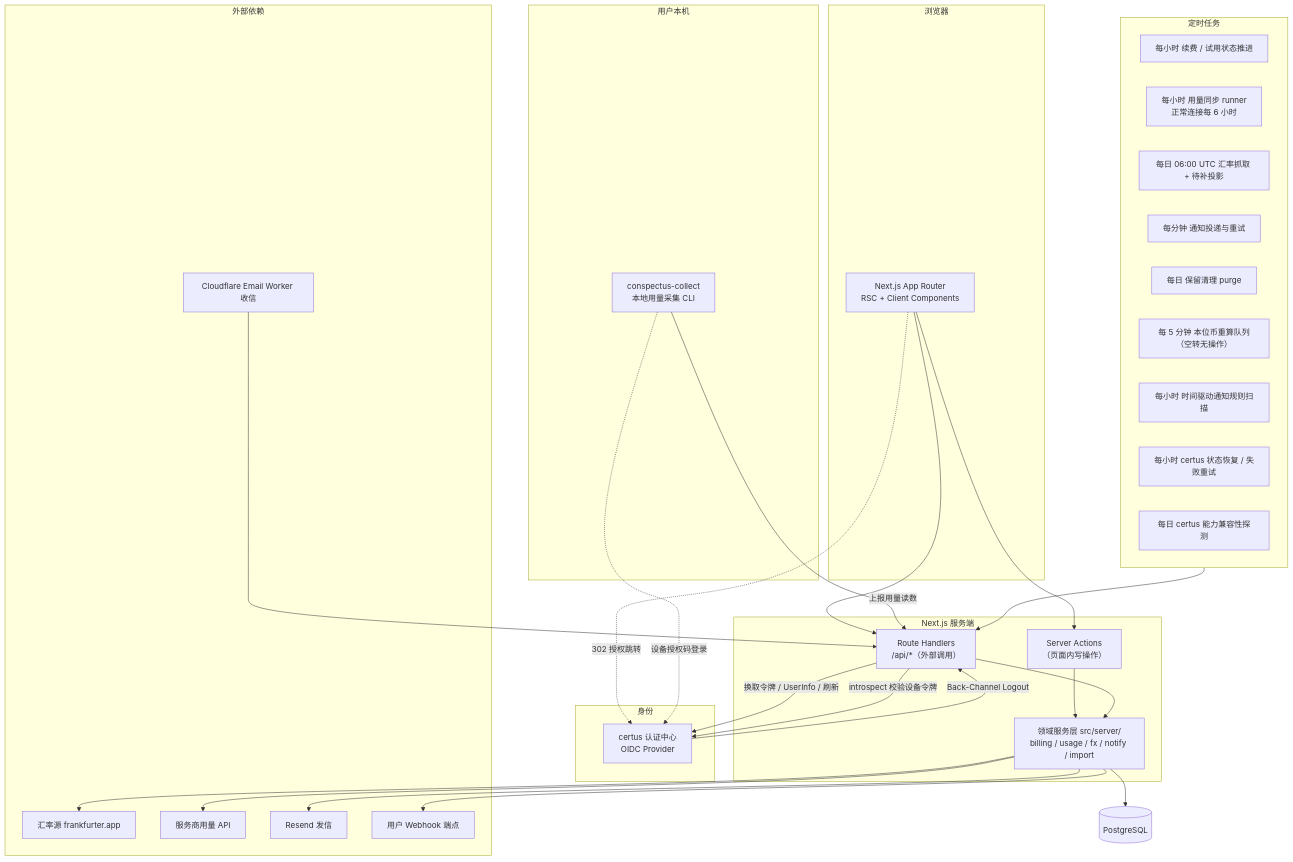
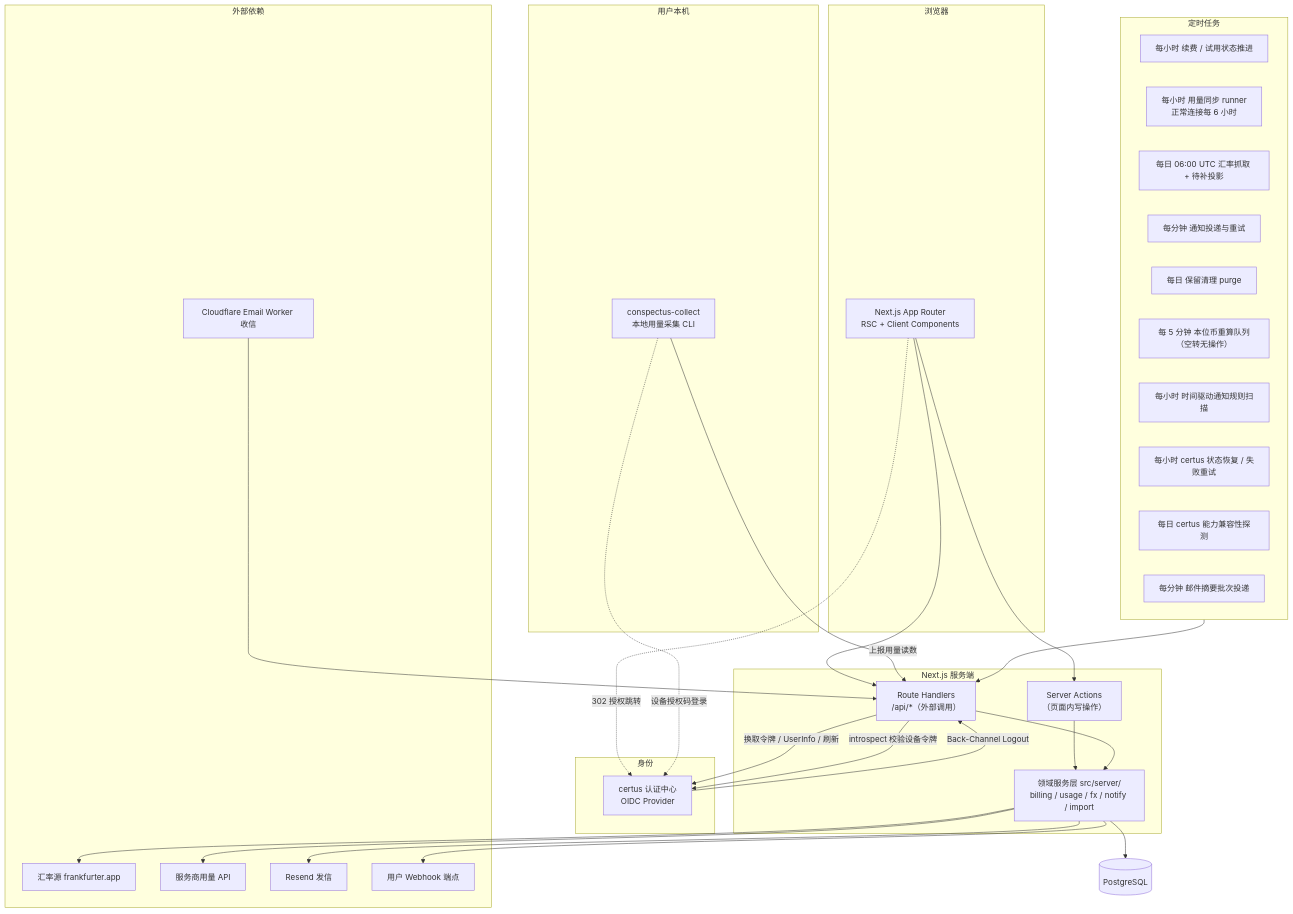
One commit to devShuai/conspectus changed the first of 6 diagrams in docs/design.md. Above: the diagram before and after it, drawn with Mermaid. The commit also changed other lines of this file and 2 other files, not shown here.

````diff
--- a/docs/design.md
+++ b/docs/design.md
@@ -114,58 +114,59 @@
 ```mermaid
 flowchart TB
     subgraph Client["浏览器"]
         UI["Next.js App Router<br/>RSC + Client Components"]
     end
 
     subgraph App["Next.js 服务端"]
         SA["Server Actions<br/>（页面内写操作）"]
         RH["Route Handlers<br/>/api/*（外部调用）"]
         SVC["领域服务层 src/server/<br/>billing / usage / fx / notify / import"]
     end
 
     subgraph Jobs["定时任务"]
         C1["每小时 续费 / 试用状态推进"]
         C2["每小时 用量同步 runner<br/>正常连接每 6 小时"]
         C3["每日 06:00 UTC 汇率抓取 + 待补投影"]
         C4["每分钟 通知投递与重试"]
         C5["每日 保留清理 purge"]
         C6["每 5 分钟 本位币重算队列（空转无操作）"]
         C7["每小时 时间驱动通知规则扫描"]
         C8["每小时 certus 状态恢复 / 失败重试"]
         C9["每日 certus 能力兼容性探测"]
+        C10["每分钟 邮件摘要批次投递"]
     end
 
     subgraph Auth["身份"]
         CERTUS["certus 认证中心<br/>OIDC Provider"]
     end
 
     subgraph Local["用户本机"]
         CLI["conspectus-collect<br/>本地用量采集 CLI"]
     end
 
     subgraph External["外部依赖"]
         FX["汇率源 frankfurter.app"]
         PRV["服务商用量 API"]
         MAIL["Resend 发信"]
         INBOX["Cloudflare Email Worker 收信"]
         HOOK["用户 Webhook 端点"]
     end
 
     DB[("PostgreSQL")]
 
     UI --> SA --> SVC
     UI --> RH --> SVC
     SVC --> DB
     Jobs --> RH
     SVC --> FX
     SVC --> PRV
     SVC --> MAIL
     INBOX --> RH
     SVC --> HOOK
     UI -. "302 授权跳转" .-> CERTUS
     RH -- "换取令牌 / UserInfo / 刷新" --> CERTUS
     CERTUS -- "Back-Channel Logout" --> RH
     CLI -- "上报用量读数" --> RH
     CLI -. "设备授权码登录" .-> CERTUS
     RH -- "introspect 校验设备令牌" --> CERTUS
 ```
````
